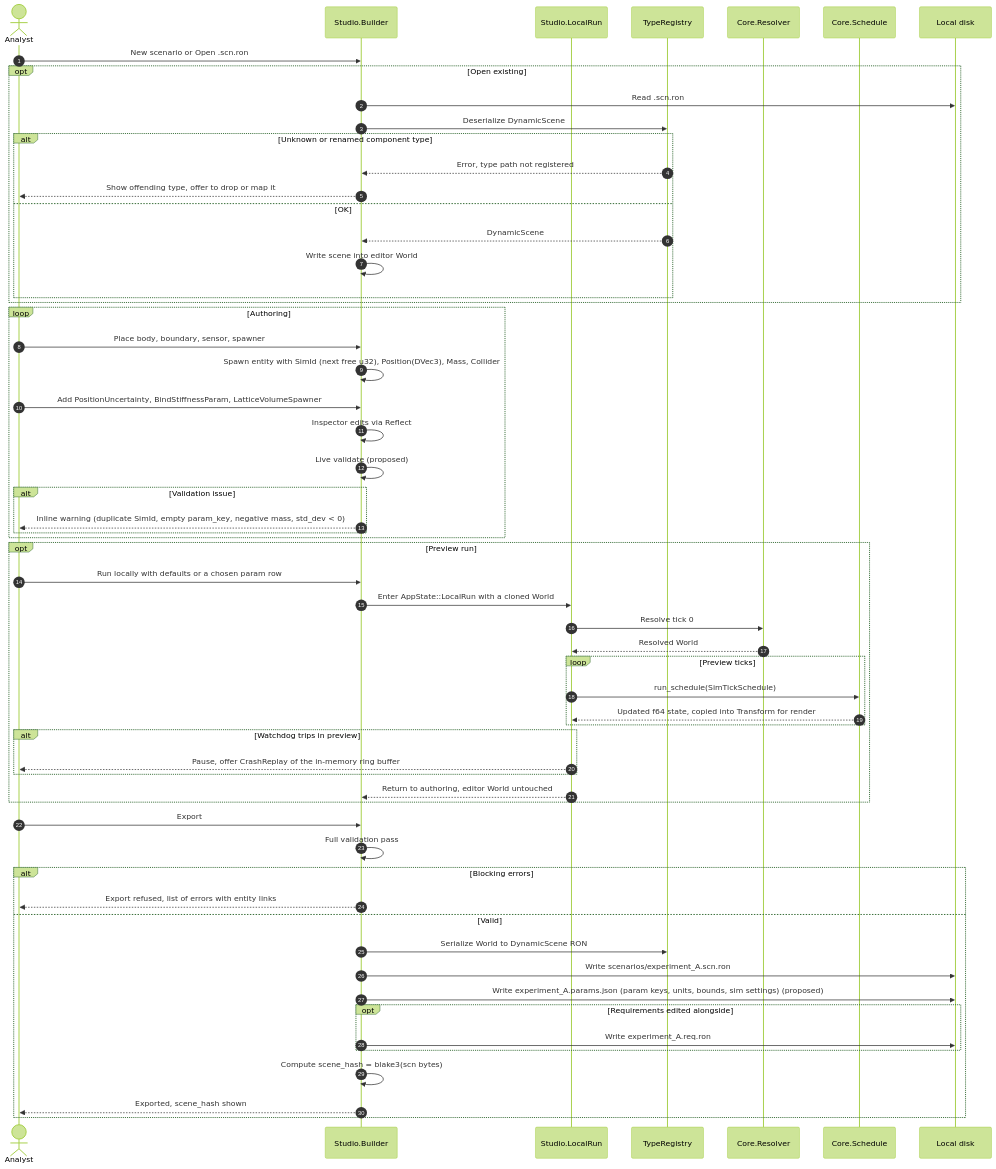
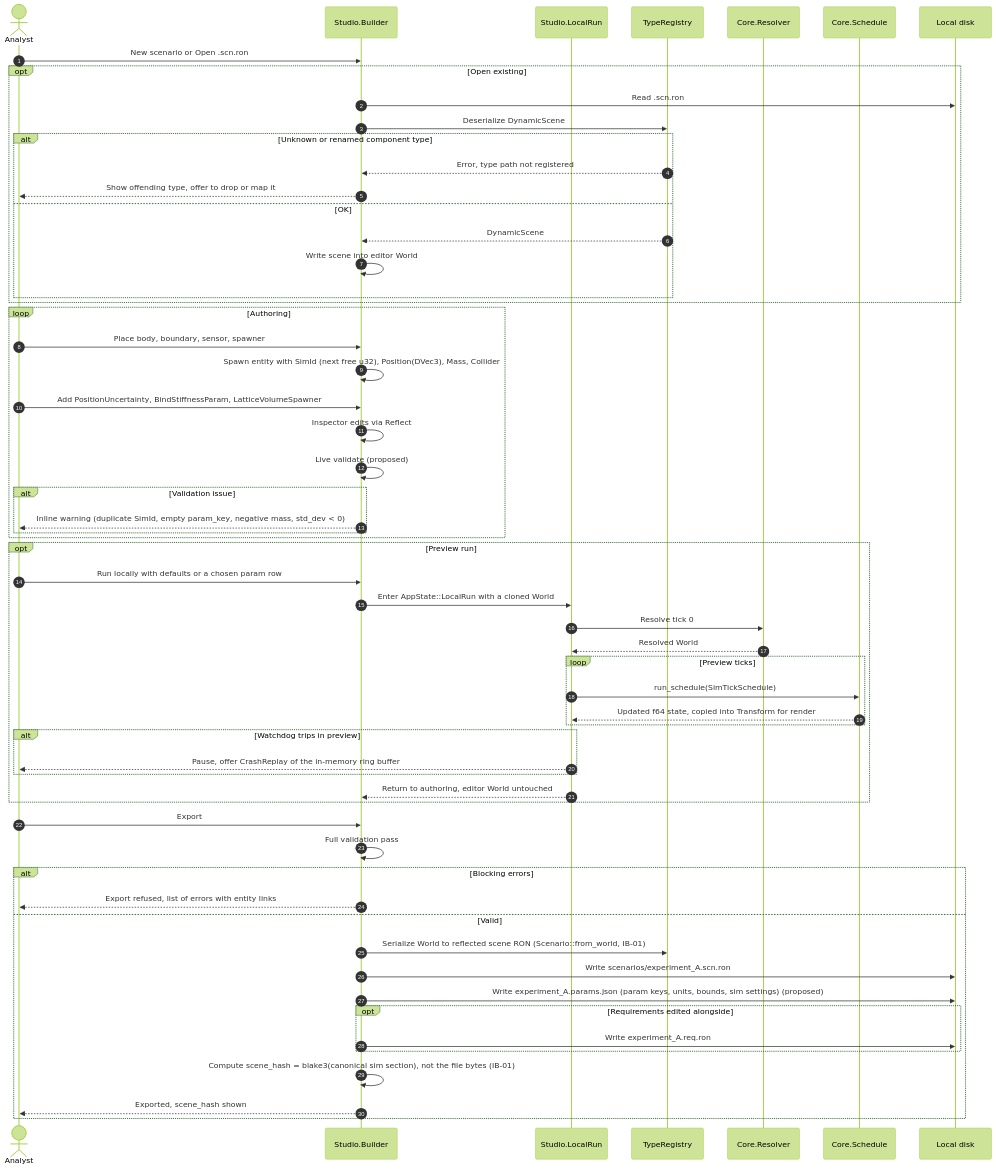
The second of 18 diagrams in docs/design/sequence-diagrams.md (Schmiedium/SABER), drawn with Mermaid (forest theme) before and after one commit. The commit also changed other lines of this file and 117 other files, not shown here.

````diff
--- a/docs/design/sequence-diagrams.md
+++ b/docs/design/sequence-diagrams.md
@@ -128,65 +128,65 @@
 ```mermaid
 sequenceDiagram
     autonumber
     actor Analyst
     participant Builder as Studio.Builder
     participant LocalRun as Studio.LocalRun
     participant Registry as TypeRegistry
     participant Resolver as Core.Resolver
     participant Schedule as Core.Schedule
     participant Disk as Local disk
 
     Analyst->>Builder: New scenario or Open .scn.ron
     opt Open existing
         Builder->>Disk: Read .scn.ron
         Builder->>Registry: Deserialize DynamicScene
         alt Unknown or renamed component type
             Registry-->>Builder: Error, type path not registered
             Builder-->>Analyst: Show offending type, offer to drop or map it
         else OK
             Registry-->>Builder: DynamicScene
             Builder->>Builder: Write scene into editor World
         end
     end
 
     loop Authoring
         Analyst->>Builder: Place body, boundary, sensor, spawner
         Builder->>Builder: Spawn entity with SimId (next free u32), Position(DVec3), Mass, Collider
         Analyst->>Builder: Add PositionUncertainty, BindStiffnessParam, LatticeVolumeSpawner
         Builder->>Builder: Inspector edits via Reflect
         Builder->>Builder: Live validate (proposed)
         alt Validation issue
             Builder-->>Analyst: Inline warning (duplicate SimId, empty param_key, negative mass, std_dev < 0)
         end
     end
 
     opt Preview run
         Analyst->>Builder: Run locally with defaults or a chosen param row
         Builder->>LocalRun: Enter AppState::LocalRun with a cloned World
         LocalRun->>Resolver: Resolve tick 0
         Resolver-->>LocalRun: Resolved World
         loop Preview ticks
             LocalRun->>Schedule: run_schedule(SimTickSchedule)
             Schedule-->>LocalRun: Updated f64 state, copied into Transform for render
         end
         alt Watchdog trips in preview
             LocalRun-->>Analyst: Pause, offer CrashReplay of the in-memory ring buffer
         end
         LocalRun-->>Builder: Return to authoring, editor World untouched
     end
 
     Analyst->>Builder: Export
     Builder->>Builder: Full validation pass
     alt Blocking errors
         Builder-->>Analyst: Export refused, list of errors with entity links
     else Valid
-        Builder->>Registry: Serialize World to DynamicScene RON
+        Builder->>Registry: Serialize World to reflected scene RON (Scenario::from_world, IB-01)
         Builder->>Disk: Write scenarios/experiment_A.scn.ron
         Builder->>Disk: Write experiment_A.params.json (param keys, units, bounds, sim settings) (proposed)
         opt Requirements edited alongside
             Builder->>Disk: Write experiment_A.req.ron
         end
-        Builder->>Builder: Compute scene_hash = blake3(scn bytes)
+        Builder->>Builder: Compute scene_hash = blake3(canonical sim section), not the file bytes (IB-01)
         Builder-->>Analyst: Exported, scene_hash shown
     end
 ```
````
